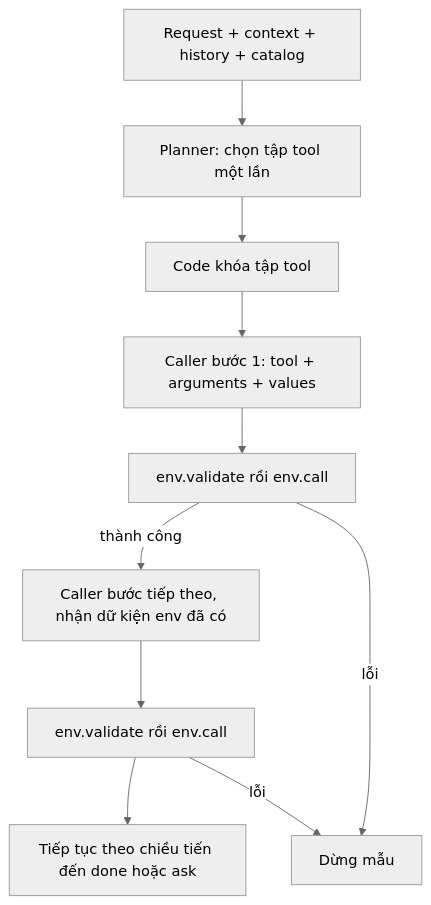
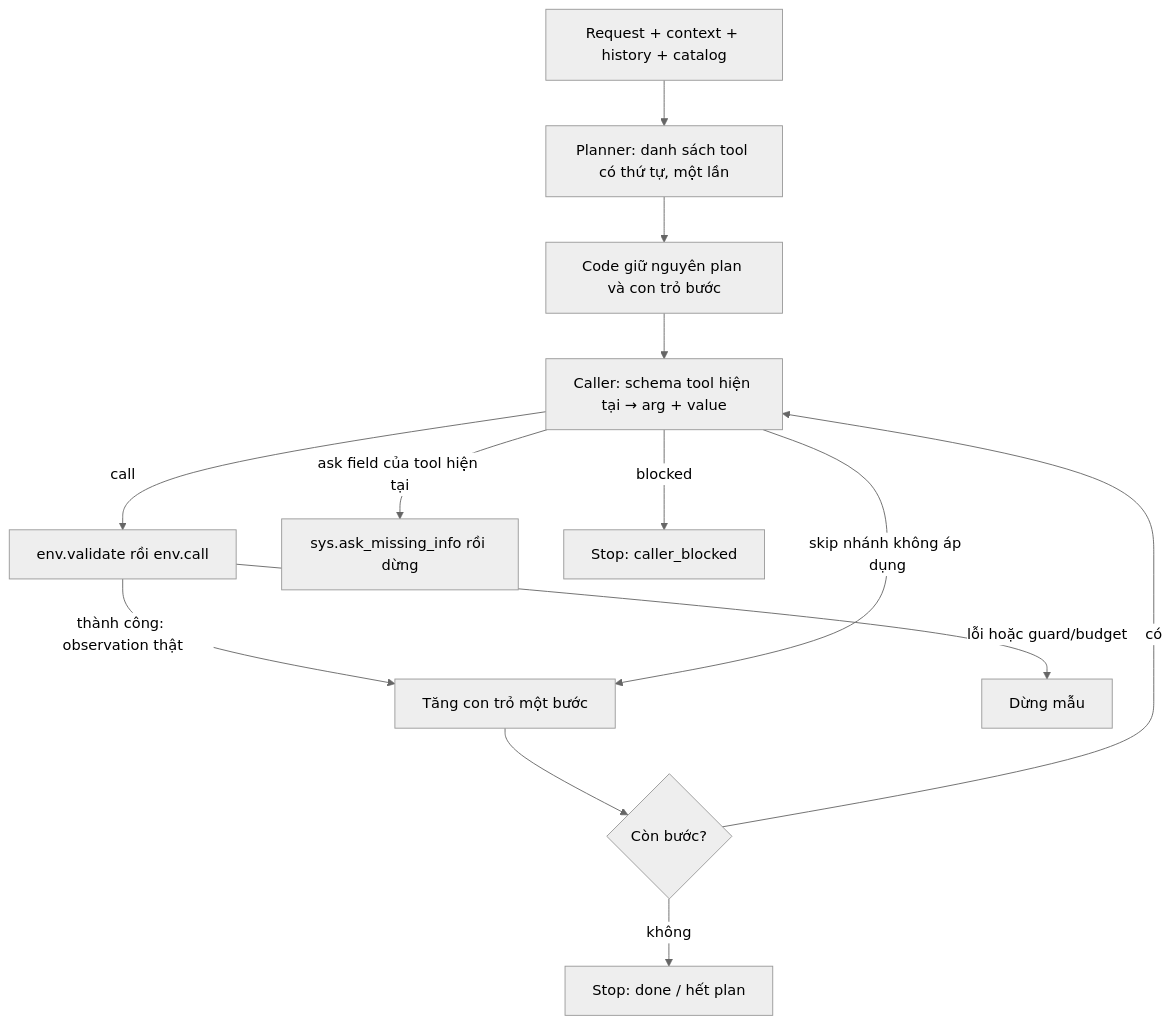
One commit to tnisl/baseline changed the diagram in README.md. Above: the diagram before and after it, drawn with Mermaid (neutral theme). The commit also changed other lines of this file and 12 other files, not shown here.

````diff
--- a/README.md
+++ b/README.md
@@ -12,12 +14,15 @@
 ```mermaid
 flowchart TD
-    I[Request + context + history + catalog] --> P[Planner: chọn tập tool một lần]
-    P --> S[Code khóa tập tool]
-    S --> C1[Caller bước 1: tool + arguments + values]
-    C1 --> E1[env.validate rồi env.call]
-    E1 -->|thành công| C2[Caller bước tiếp theo, nhận dữ kiện env đã có]
-    C2 --> E2[env.validate rồi env.call]
-    E2 --> N[Tiếp tục theo chiều tiến đến done hoặc ask]
-    E1 -->|lỗi| X[Dừng mẫu]
-    E2 -->|lỗi| X
+    I[Request + context + history + catalog] --> P[Planner: danh sách tool có thứ tự, một lần]
+    P --> L[Code giữ nguyên plan và con trỏ bước]
+    L --> C[Caller: schema tool hiện tại → arg + value]
+    C -->|call| V[env.validate rồi env.call]
+    V -->|thành công: observation thật| A[Tăng con trỏ một bước]
+    C -->|skip nhánh không áp dụng| A
+    A --> N{Còn bước?}
+    N -->|có| C
+    N -->|không| D[Stop: done / hết plan]
+    C -->|ask field của tool hiện tại| Q[sys.ask_missing_info rồi dừng]
+    C -->|blocked| B[Stop: caller_blocked]
+    V -->|lỗi hoặc guard/budget| X[Dừng mẫu]
 ```
````
